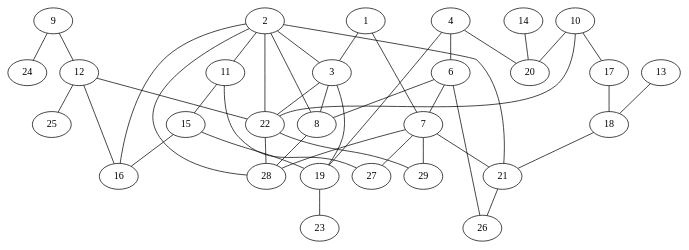
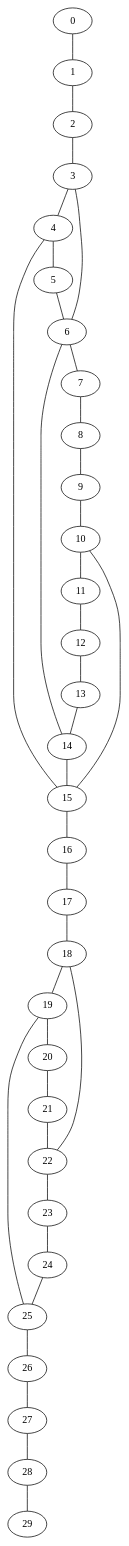
The diagram in grafo_erdos_30.gv (FranciscoMGL/Proyecto-Algoritmos), drawn with Graphviz before and after one commit. The commit also changed 30 other files, not shown here.

```diff
--- a/grafo_erdos_30.gv
+++ b/grafo_erdos_30.gv
@@ -1,45 +1,67 @@
 graph G {
-    "12" -- "16";
-    "4" -- "6";
-    "7" -- "29";
-    "12" -- "22";
-    "3" -- "19";
-    "12" -- "25";
-    "3" -- "22";
-    "22" -- "29";
+  "0";
+  "1";
+  "2";
+  "3";
+  "4";
+  "5";
+  "6";
+  "7";
+  "8";
+  "9";
+  "10";
+  "11";
+  "12";
+  "13";
+  "14";
+  "15";
+  "16";
+  "17";
+  "18";
+  "19";
+  "20";
+  "21";
+  "22";
+  "23";
+  "24";
+  "25";
+  "26";
+  "27";
+  "28";
+  "29";
+    "3" -- "4";
+    "26" -- "27";
+    "12" -- "13";
+    "21" -- "22";
+    "22" -- "23";
+    "4" -- "15";
+    "8" -- "9";
     "17" -- "18";
-    "1" -- "3";
-    "2" -- "11";
-    "2" -- "8";
-    "10" -- "22";
-    "6" -- "8";
-    "7" -- "28";
-    "6" -- "26";
-    "22" -- "28";
-    "4" -- "20";
-    "19" -- "23";
-    "10" -- "17";
-    "2" -- "16";
-    "10" -- "20";
+    "27" -- "28";
+    "25" -- "26";
+    "15" -- "10";
+    "13" -- "14";
+    "14" -- "6";
+    "18" -- "19";
+    "4" -- "5";
+    "18" -- "22";
+    "5" -- "6";
+    "3" -- "6";
+    "14" -- "15";
+    "23" -- "24";
+    "0" -- "1";
+    "9" -- "10";
+    "1" -- "2";
+    "10" -- "11";
+    "19" -- "20";
+    "28" -- "29";
+    "6" -- "7";
     "15" -- "16";
-    "6" -- "7";
-    "2" -- "22";
-    "2" -- "28";
-    "15" -- "19";
-    "18" -- "21";
-    "7" -- "21";
-    "7" -- "27";
-    "21" -- "26";
-    "3" -- "8";
-    "4" -- "19";
-    "9" -- "12";
-    "14" -- "20";
+    "24" -- "25";
+    "20" -- "21";
     "2" -- "3";
-    "1" -- "7";
-    "11" -- "15";
-    "9" -- "24";
-    "8" -- "28";
-    "13" -- "18";
-    "2" -- "21";
-    "11" -- "27";
+    "11" -- "12";
+    "19" -- "25";
+    "7" -- "8";
+    "16" -- "17";
 }
```
